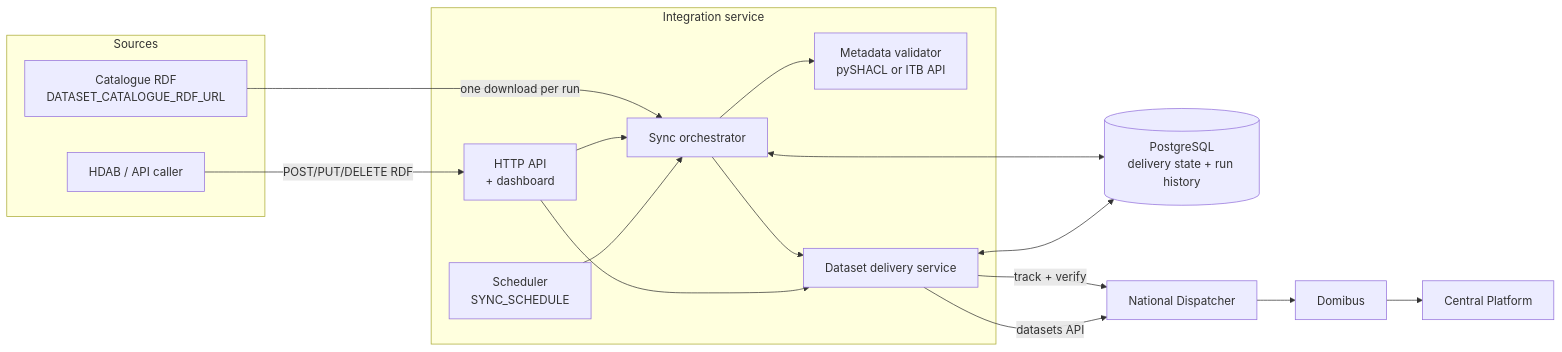
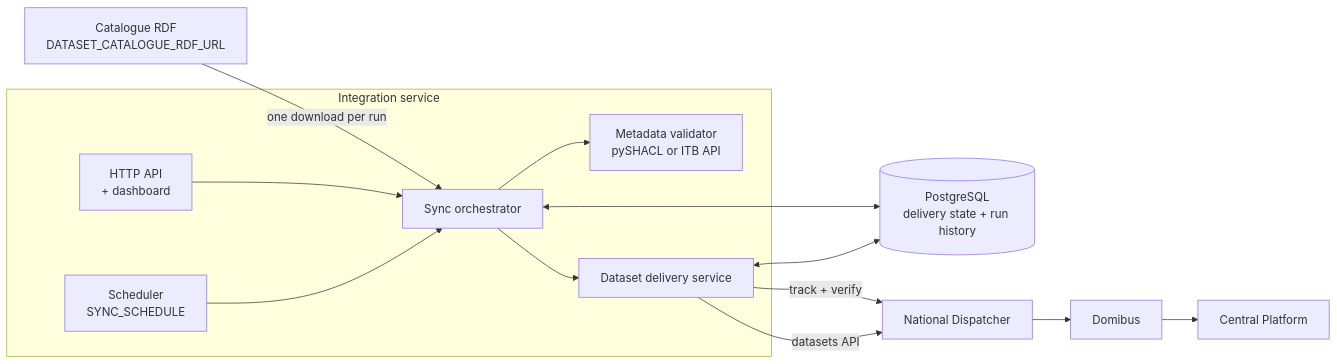
One commit to GenomicDataInfrastructure/national-dispatcher-integration-service changed the first of 2 diagrams in docs/ARCHITECTURE.md. Above: the diagram before and after it, drawn with Mermaid. The commit also changed other lines of this file and 30 other files, not shown here.

````diff
--- a/docs/ARCHITECTURE.md
+++ b/docs/ARCHITECTURE.md
@@ -20,31 +20,26 @@
 ```mermaid
 flowchart LR
-  subgraph Sources
-    CAT[Catalogue RDF<br/>DATASET_CATALOGUE_RDF_URL]
-    HDAB[HDAB / API caller]
-  end
+  CAT[Catalogue RDF<br/>DATASET_CATALOGUE_RDF_URL]
   subgraph Service[Integration service]
     SCHED[Scheduler<br/>SYNC_SCHEDULE]
     API[HTTP API<br/>+ dashboard]
     ORCH[Sync orchestrator]
     VAL[Metadata validator<br/>pySHACL or ITB API]
     DEL[Dataset delivery service]
   end
   PG[(PostgreSQL<br/>delivery state + run history)]
   ND[National Dispatcher]
   DOM[Domibus]
   CP[Central Platform]
 
   SCHED --> ORCH
   API --> ORCH
-  HDAB -->|POST/PUT/DELETE RDF| API
-  API --> DEL
   CAT -->|one download per run| ORCH
   ORCH --> VAL
   ORCH --> DEL
   DEL <--> PG
   ORCH <--> PG
   DEL -->|datasets API| ND
   ND --> DOM --> CP
   DEL -->|track + verify| ND
 ```
````
